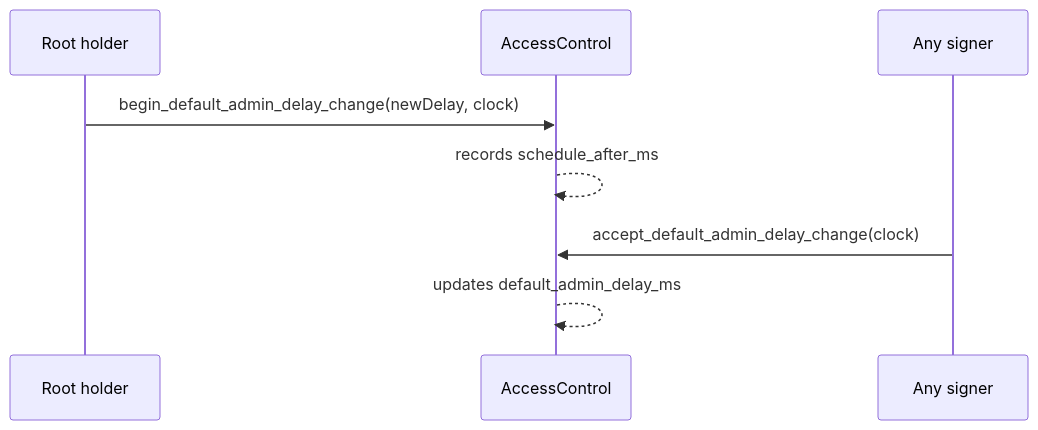
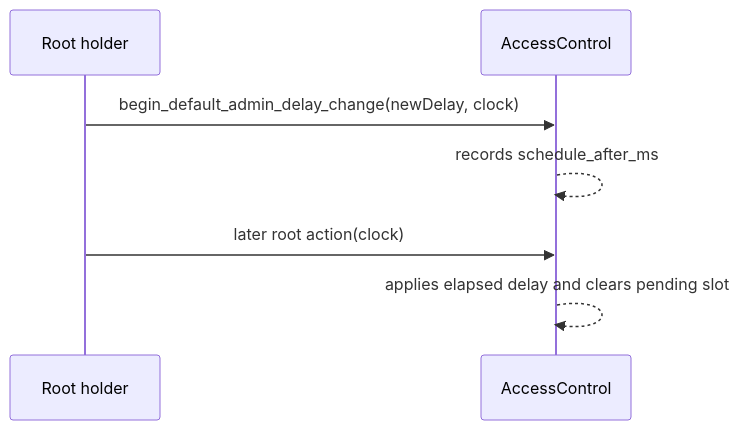
The eighth of 8 diagrams in content/contracts-sui/1.x/guides/access-control.mdx (OpenZeppelin/docs), drawn with Mermaid before and after one commit. The commit also changed other lines of this file and 2 other files, not shown here.

````diff
--- a/content/contracts-sui/1.x/guides/access-control.mdx
+++ b/content/contracts-sui/1.x/guides/access-control.mdx
@@ -635,10 +636,9 @@
 ```mermaid
 sequenceDiagram
     participant Root as Root holder
     participant Registry as AccessControl
-    participant Any as Any signer
     Root->>Registry: begin_default_admin_delay_change(newDelay, clock)
     Registry-->>Registry: records schedule_after_ms
-    Any->>Registry: accept_default_admin_delay_change(clock)
-    Registry-->>Registry: updates default_admin_delay_ms
+    Root->>Registry: later root action(clock)
+    Registry-->>Registry: applies elapsed delay and clears pending slot
 ```
````
